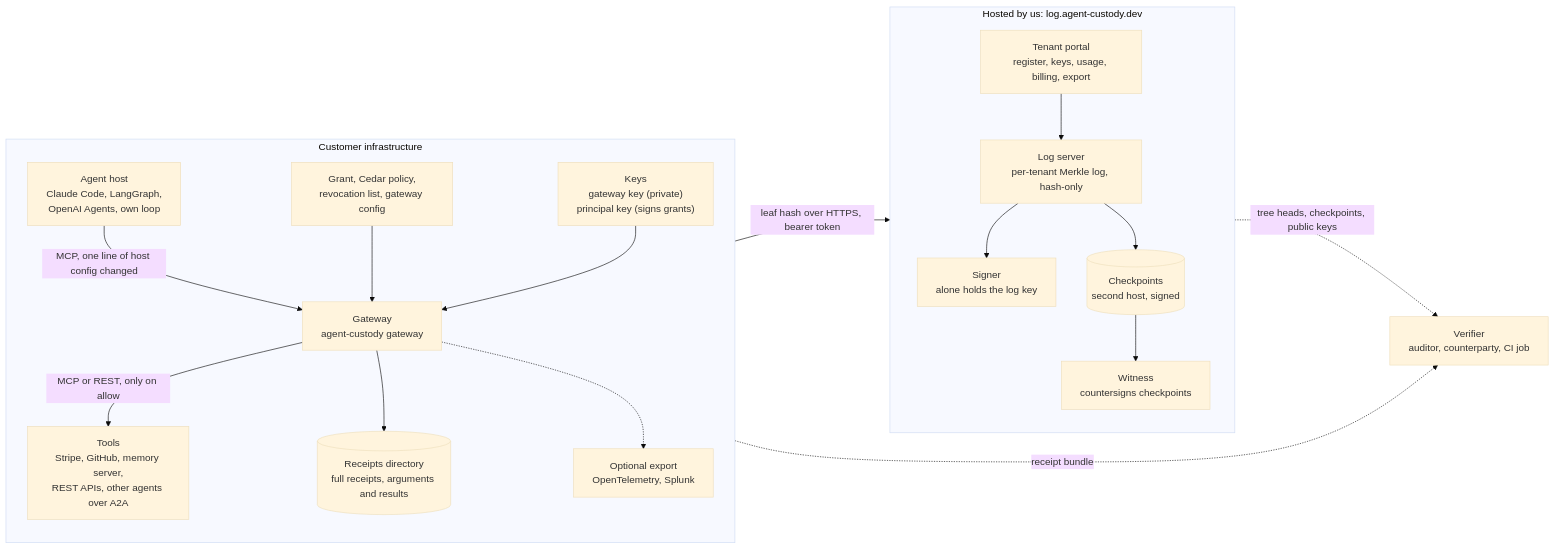
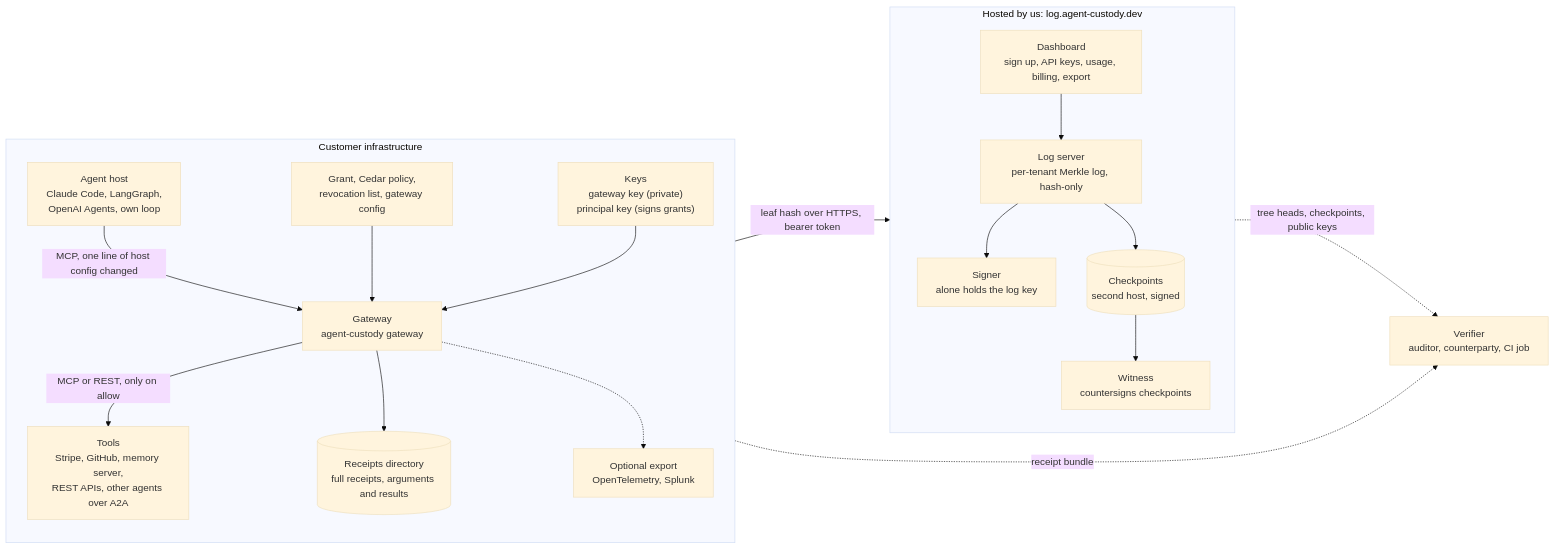
The first of 10 diagrams in site/guide/architecture.md (svayatta/agent-custody), drawn with Mermaid (base theme) before and after one commit. The commit also changed other lines of this file and 69 other files, not shown here.

````diff
--- a/site/guide/architecture.md
+++ b/site/guide/architecture.md
@@ -9,35 +9,35 @@
 ```mermaid
 flowchart LR
     subgraph CUST["Customer infrastructure"]
         direction TB
         AG["Agent host<br/>Claude Code, LangGraph,<br/>OpenAI Agents, own loop"]
         GW["Gateway<br/>agent-custody gateway"]
         TL["Tools<br/>Stripe, GitHub, memory server,<br/>REST APIs, other agents over A2A"]
         FS[("Receipts directory<br/>full receipts, arguments and results")]
         CFG["Grant, Cedar policy,<br/>revocation list, gateway config"]
         KEYS["Keys<br/>gateway key (private)<br/>principal key (signs grants)"]
         OBS["Optional export<br/>OpenTelemetry, Splunk"]
         AG -- "MCP, one line of host config changed" --> GW
         GW -- "MCP or REST, only on allow" --> TL
         GW --> FS
         CFG --> GW
         KEYS --> GW
         GW -.-> OBS
     end
     subgraph HOST["Hosted by us: log.agent-custody.dev"]
         direction TB
         LOG["Log server<br/>per-tenant Merkle log, hash-only"]
         SIG["Signer<br/>alone holds the log key"]
         CP[("Checkpoints<br/>second host, signed")]
         WIT["Witness<br/>countersigns checkpoints"]
-        PORT["Tenant portal<br/>register, keys, usage, billing, export"]
+        PORT["Dashboard<br/>sign up, API keys, usage, billing, export"]
         LOG --> SIG
         LOG --> CP
         CP --> WIT
         PORT --> LOG
     end
     GW -- "leaf hash over HTTPS, bearer token" --> LOG
     V["Verifier<br/>auditor, counterparty, CI job"]
     FS -. "receipt bundle" .-> V
     LOG -. "tree heads, checkpoints, public keys" .-> V
 ```
````
